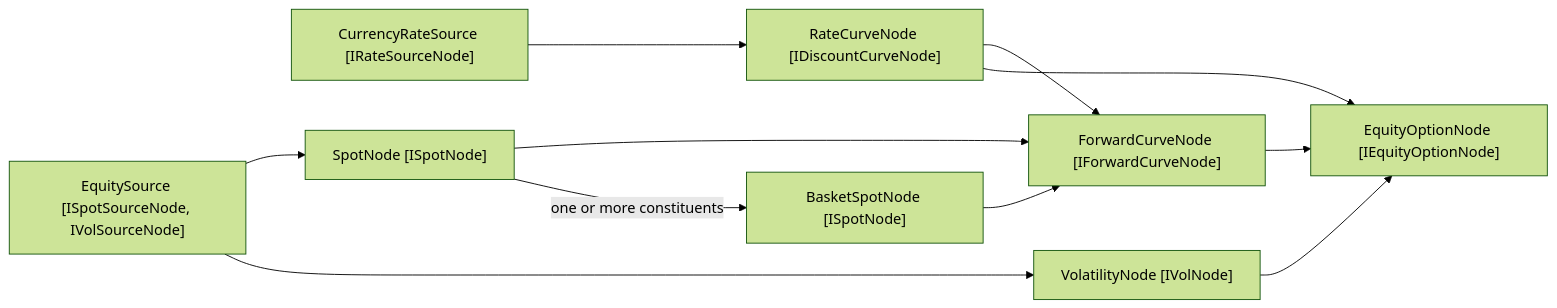
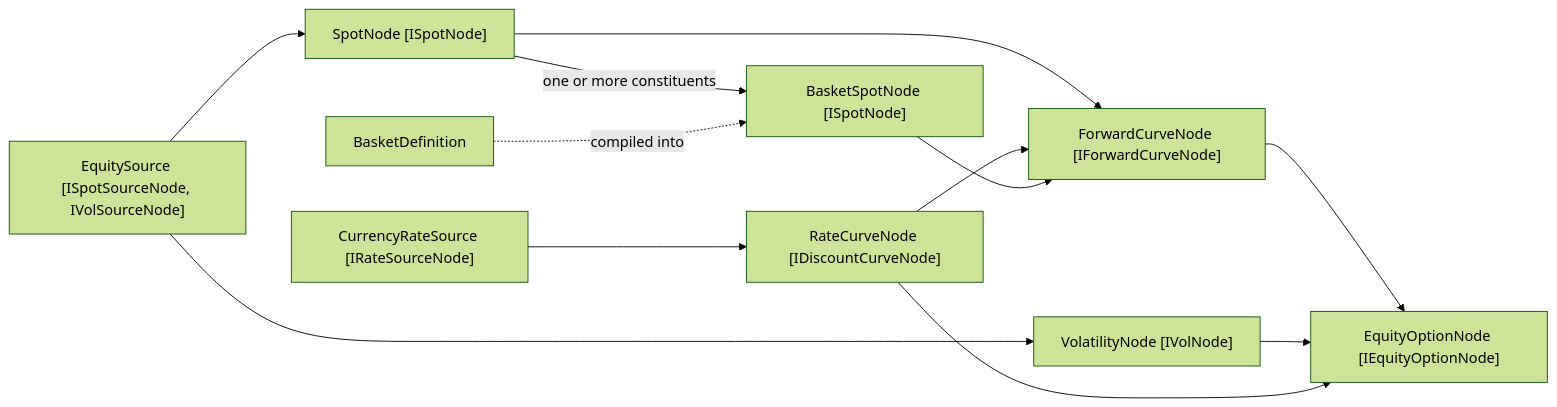
One commit to losterbr/EventGraph changed the diagram in README.md. Above: the diagram before and after it, drawn with Mermaid (forest theme). The commit also changed other lines of this file and 6 other files, not shown here.

Commit message:
Compile basket definitions into graph nodes

````diff
--- a/README.md
+++ b/README.md
@@ -15,18 +15,20 @@
 ```mermaid
 flowchart LR
 	equity["EquitySource [ISpotSourceNode, IVolSourceNode]"]
 	rate["CurrencyRateSource [IRateSourceNode]"]
+	basketDefinition["BasketDefinition"]
 
 	equity --> spot["SpotNode [ISpotNode]"]
 	equity --> volatility["VolatilityNode [IVolNode]"]
 	rate --> discount["RateCurveNode [IDiscountCurveNode]"]
 
 	spot --> forward["ForwardCurveNode [IForwardCurveNode]"]
 	discount --> forward
 	forward --> option["EquityOptionNode [IEquityOptionNode]"]
 	volatility --> option
 	discount --> option
 
 	spot -->|one or more constituents| basket["BasketSpotNode [ISpotNode]"]
+	basketDefinition -.->|compiled into| basket
 	basket --> forward
 ```
````
